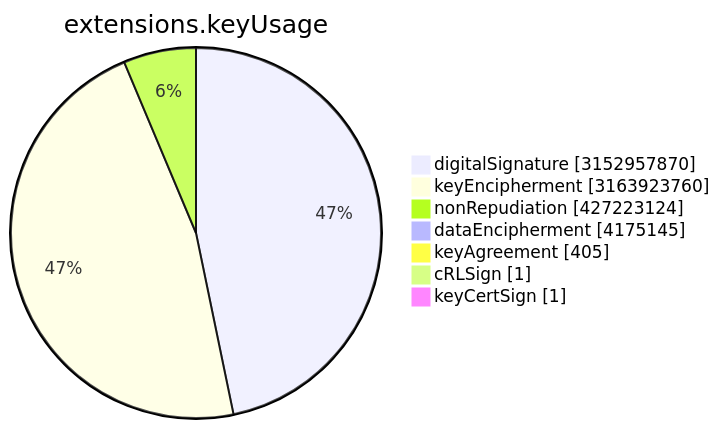
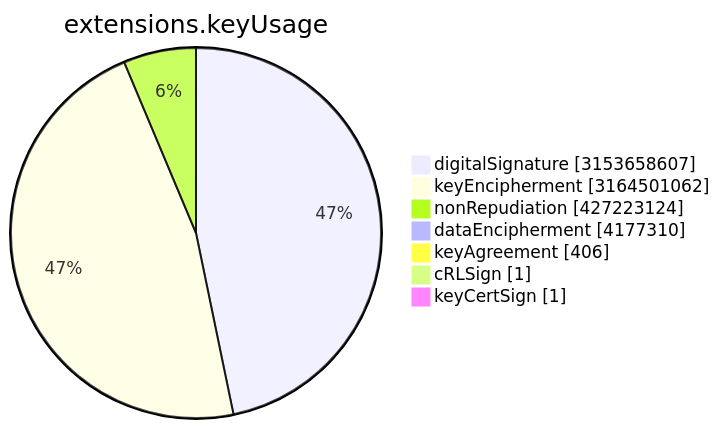
One commit to christiankrug/ctmonitor_visualization changed the sixth of 15 diagrams in TOTAL/README.md. Above: the diagram before and after it, drawn with Mermaid. The commit also changed other lines of this file, not shown here.

````diff
--- a/TOTAL/README.md
+++ b/TOTAL/README.md
@@ -3077,11 +3077,11 @@
 ```mermaid
 pie showData
 title extensions.keyUsage
-"digitalSignature" :3152957870
-"keyEncipherment" :3163923760
+"digitalSignature" :3153658607
+"keyEncipherment" :3164501062
 "nonRepudiation" :427223124
-"dataEncipherment" :4175145
-"keyAgreement" :405
+"dataEncipherment" :4177310
+"keyAgreement" :406
 "cRLSign" :1
 "keyCertSign" :1
 ```
````
